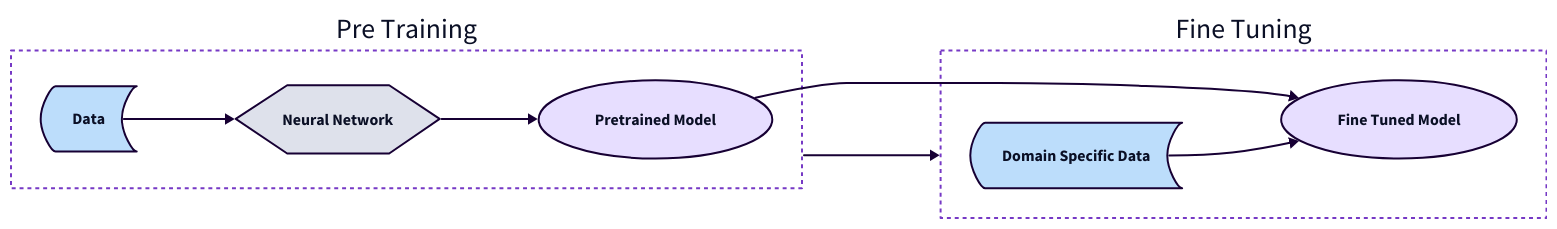
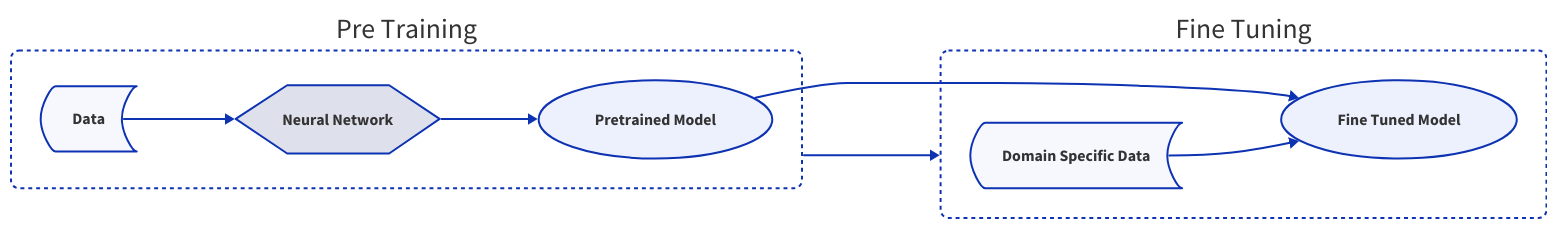
The diagram in blog/diagrams/fine_tuning.d2 (gautamnaik1994/LLM_Fine_Tuning_Basic), drawn with D2 before and after one commit. The commit also changed 4 other files, not shown here.

Commit message:
docs: Refine fine-tuning notebook execution counts, clarify blog post explanations, and update D2 diagram styling.

```diff
--- a/blog/diagrams/fine_tuning.d2
+++ b/blog/diagrams/fine_tuning.d2
@@ -1,42 +1,40 @@
 direction: right
-vars: {
-  d2-config: {
-    theme-id: 7
-  }
-}
+
+**.style.border-radius: 8
+**.style.font-color: "#333"
 
 # Fine Tuning Diagram
 pre_training: "Pre Training" {
   style: {
     fill: "transparent"
     stroke-dash: 2
   }
   data: "Data" {
     shape: stored_data
   }
   neural_network: "Neural Network" {
     shape: hexagon
   }
   pretrained_model: "Pretrained Model" {
     shape: oval
   }
 }
 
 pre_training.data -> pre_training.neural_network
 pre_training.neural_network -> pre_training.pretrained_model
 fine_tuning: "Fine Tuning" {
   style: {
     fill: "transparent"
     stroke-dash: 2
   }
   domain_specific_data: "Domain Specific Data" {
     shape: stored_data
   }
   fine_tuned_model: "Fine Tuned Model" {
     shape: oval
   }
 }
 pre_training.pretrained_model -> fine_tuning.fine_tuned_model
 fine_tuning.domain_specific_data -> fine_tuning.fine_tuned_model
 
 pre_training -> fine_tuning
```
